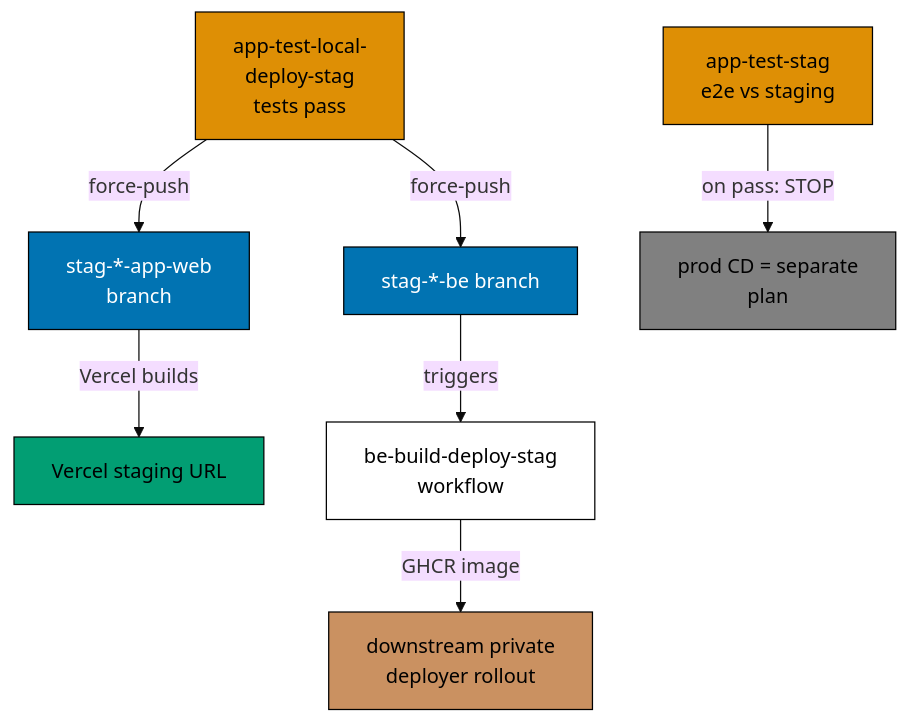
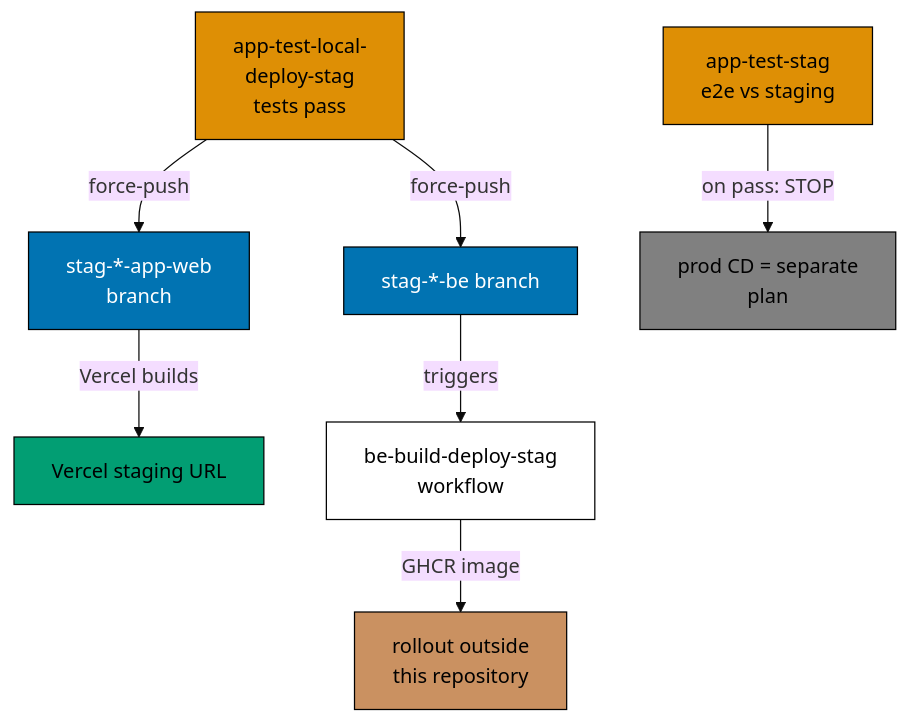
Before and after one commit to wahidyankf/ose-public: the diagram in repo-governance/development/infra/github-actions-workflow-naming/deploy-model-and-examples.md, drawn with Mermaid (base theme). The commit also changed other lines of this file and 68 other files, not shown here.

````diff
--- a/repo-governance/development/infra/github-actions-workflow-naming/deploy-model-and-examples.md
+++ b/repo-governance/development/infra/github-actions-workflow-naming/deploy-model-and-examples.md
@@ -13,23 +13,23 @@
 ```mermaid
 flowchart TD
     accTitle: Deploy Model
     accDescr: app-test-local- deploy-stag tests pass leads to stag-*-app-web branch via force-push; app-test-local- deploy-stag tests pass leads to stag-*-be branch via force-push; stag-*-app-web branch leads to Vercel staging URL via Vercel builds; and 3 more links.
     A[app-test-local-<br/>deploy-stag<br/>tests pass] -->|force-push| W[stag-*-app-web<br/>branch]
     A -->|force-push| B[stag-*-be branch]
     W -->|Vercel builds| VS[Vercel staging URL]
     B -->|triggers| BD[be-build-deploy-stag<br/>workflow]
-    BD -->|GHCR image| CP[downstream private<br/>deployer rollout]
+    BD -->|GHCR image| CP[rollout outside<br/>this repository]
     A2[app-test-stag<br/>e2e vs staging] -->|on pass: STOP| X[prod CD = separate<br/>plan]
 
     classDef orange fill:#DE8F05,stroke:#000000,color:#000000
     classDef blue fill:#0173B2,stroke:#000000,color:#FFFFFF
     classDef teal fill:#029E73,stroke:#000000,color:#000000
     classDef brown fill:#CA9161,stroke:#000000,color:#000000
     classDef gray fill:#808080,stroke:#000000,color:#000000
     class A,A2 orange
     class W,B blue
     class VS teal
     class CP brown
     class X gray
     classDef default fill:#FFFFFF,stroke:#000000,color:#000000
 ```
````
